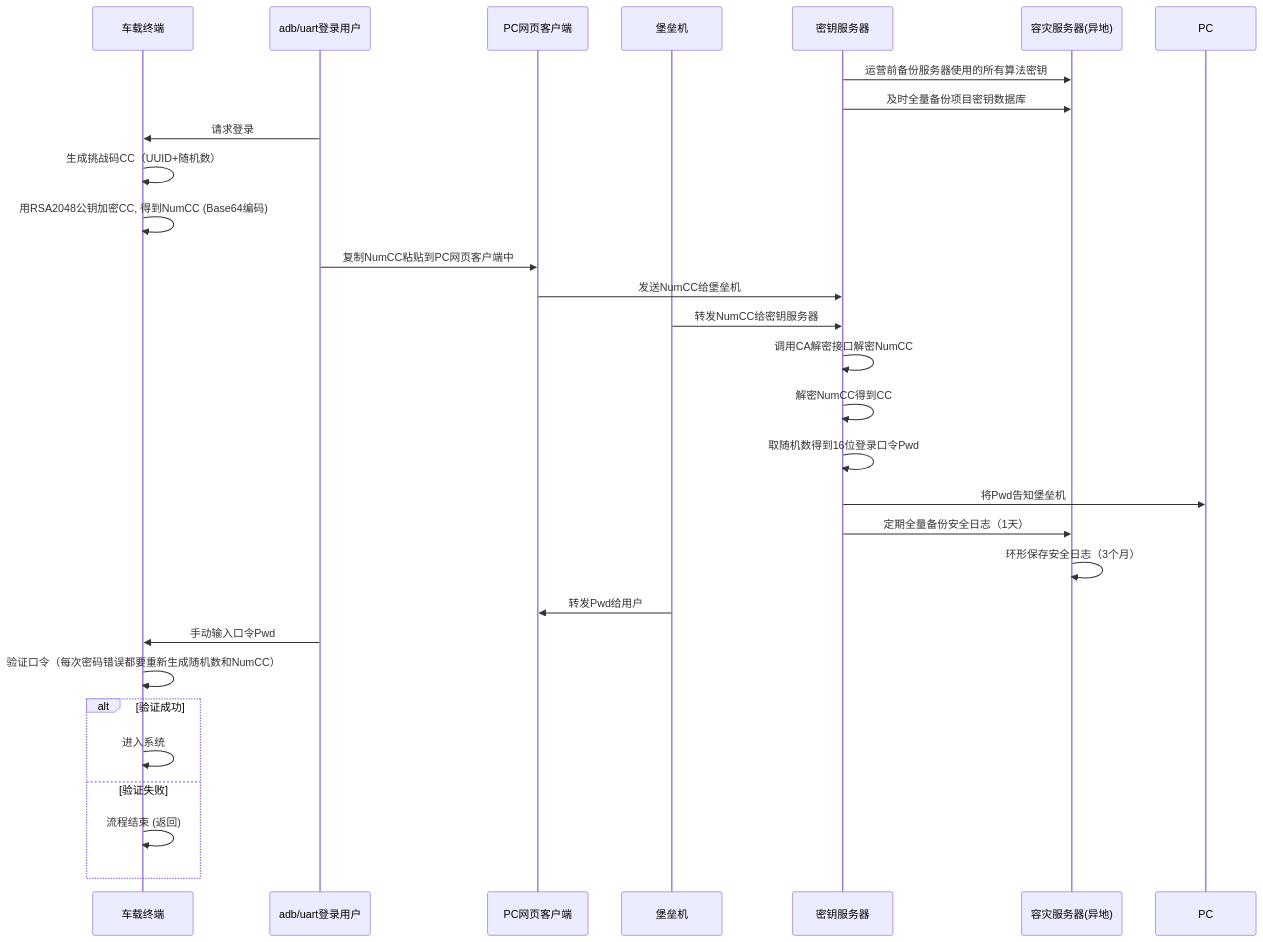
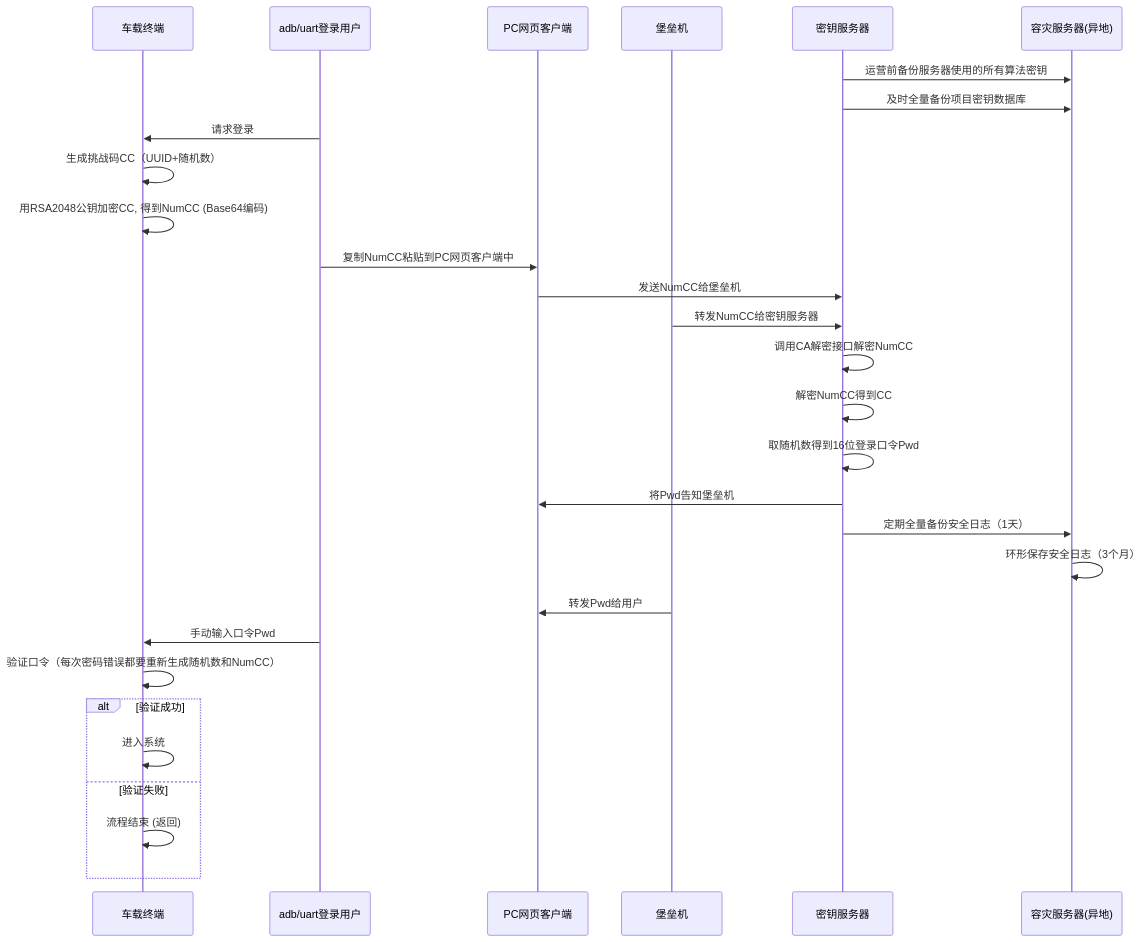
One commit to facebook-cloud/iodraw-files changed the diagram in all/未命名-19.md. Above: the diagram before and after it, drawn with Mermaid.

Commit message:
2026-03-17 10:23:57 update

````diff
--- a/all/未命名-19.md
+++ b/all/未命名-19.md
@@ -1,36 +1,36 @@
 ```mermaid
 sequenceDiagram
     participant tbox as 车载终端
     participant user as adb/uart登录用户
     participant pc as PC网页客户端
     participant bastion as 堡垒机
     participant tech_center as 密钥服务器
     participant backup as 容灾服务器(异地)
   
     tech_center->>backup: 运营前备份服务器使用的所有算法密钥
     tech_center->>backup: 及时全量备份项目密钥数据库
 
     user->>tbox: 请求登录
     tbox->>tbox: 生成挑战码CC（UUID+随机数）
     tbox->>tbox: 用RSA2048公钥加密CC, 得到NumCC (Base64编码)
     user->>pc: 复制NumCC粘贴到PC网页客户端中
     pc->>tech_center: 发送NumCC给堡垒机
     bastion->>tech_center: 转发NumCC给密钥服务器
     tech_center->>tech_center: 调用CA解密接口解密NumCC
     tech_center->>tech_center: 解密NumCC得到CC
     tech_center->>tech_center: 取随机数得到16位登录口令Pwd
-    tech_center->>PC: 将Pwd告知堡垒机
+    tech_center->>pc: 将Pwd告知堡垒机
 
     tech_center->>backup: 定期全量备份安全日志（1天）
     backup->>backup: 环形保存安全日志（3个月）
     bastion->>pc: 转发Pwd给用户
     user->>tbox: 手动输入口令Pwd
     tbox->>tbox: 验证口令（每次密码错误都要重新生成随机数和NumCC）
     alt 验证成功
         tbox->>tbox: 进入系统
     else 验证失败
         tbox->>tbox: 流程结束 (返回)
     end
 
 
 ```
````
